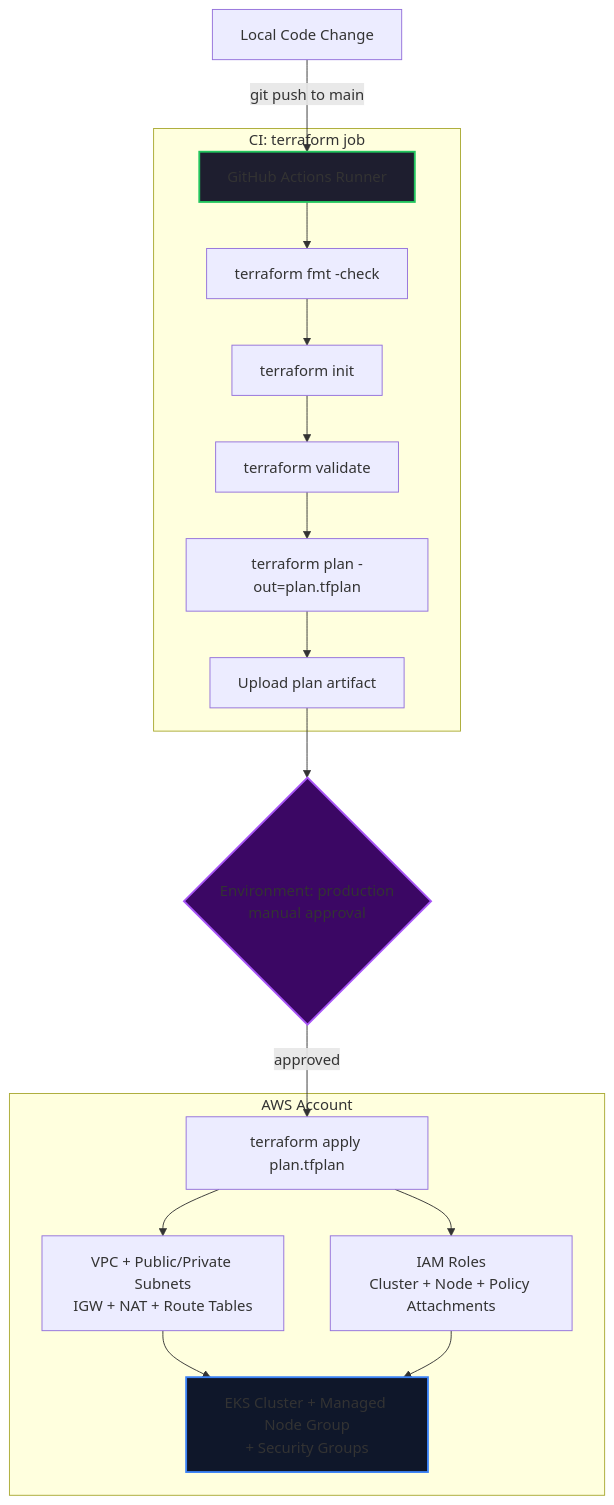
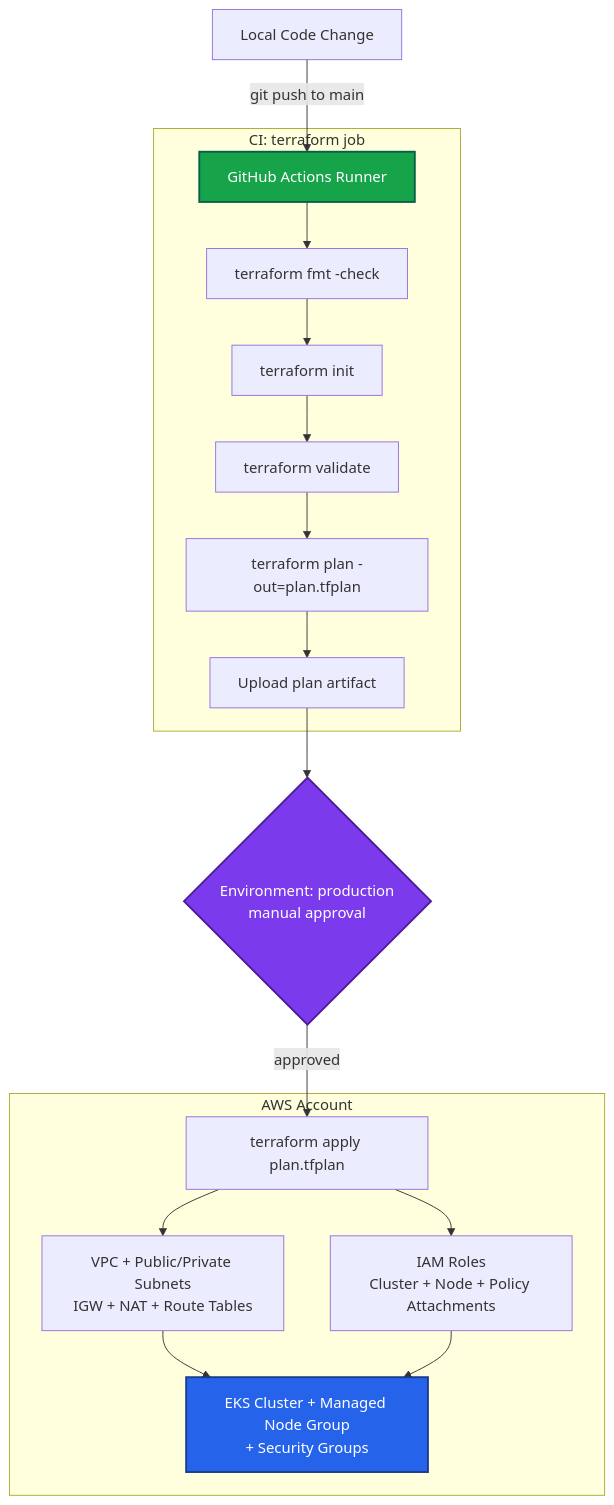
Before and after one commit to Jolaboy/iac-deployment-pipeline: the first of 2 diagrams in README.md, drawn with Mermaid.

Commit message:
Fix Mermaid diagram contrast and line breaks for light theme visibility

````diff
--- a/README.md
+++ b/README.md
@@ -11,26 +11,26 @@
 ```mermaid
 graph TD
     Dev[Local Code Change] -->|git push to main| GH[GitHub Actions Runner]
 
     subgraph CI[CI: terraform job]
         GH --> FMT[terraform fmt -check]
         FMT --> INIT[terraform init]
         INIT --> VAL[terraform validate]
         VAL --> PLAN[terraform plan -out=plan.tfplan]
         PLAN --> ART[Upload plan artifact]
     end
 
-    ART --> GATE{Environment: production\nmanual approval}
+    ART --> GATE{Environment: production<br/>manual approval}
     GATE -->|approved| APPLY[terraform apply plan.tfplan]
 
     subgraph AWS[AWS Account]
-        APPLY --> VPC[VPC + Public/Private Subnets\nIGW + NAT + Route Tables]
-        APPLY --> IAM[IAM Roles\nCluster + Node + Policy Attachments]
-        VPC --> EKS[EKS Cluster + Managed Node Group\n+ Security Groups]
+        APPLY --> VPC[VPC + Public/Private Subnets<br/>IGW + NAT + Route Tables]
+        APPLY --> IAM[IAM Roles<br/>Cluster + Node + Policy Attachments]
+        VPC --> EKS[EKS Cluster + Managed Node Group<br/>+ Security Groups]
         IAM --> EKS
     end
 
-    style GH fill:#1e1e2f,stroke:#22c55e,stroke-width:2px
-    style EKS fill:#0f172a,stroke:#3b82f6,stroke-width:2px
-    style GATE fill:#3b0764,stroke:#a855f7,stroke-width:2px
+    style GH fill:#16a34a,stroke:#065f46,stroke-width:2px,color:#ffffff
+    style EKS fill:#2563eb,stroke:#1e3a8a,stroke-width:2px,color:#ffffff
+    style GATE fill:#7c3aed,stroke:#4c1d95,stroke-width:2px,color:#ffffff
 ```
````
